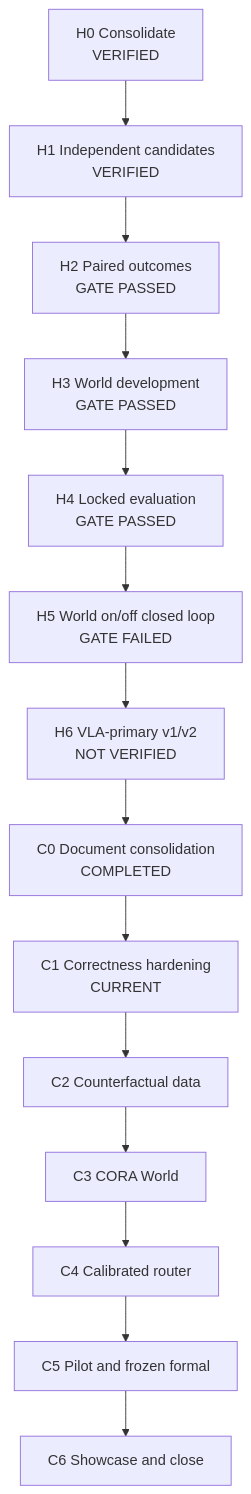
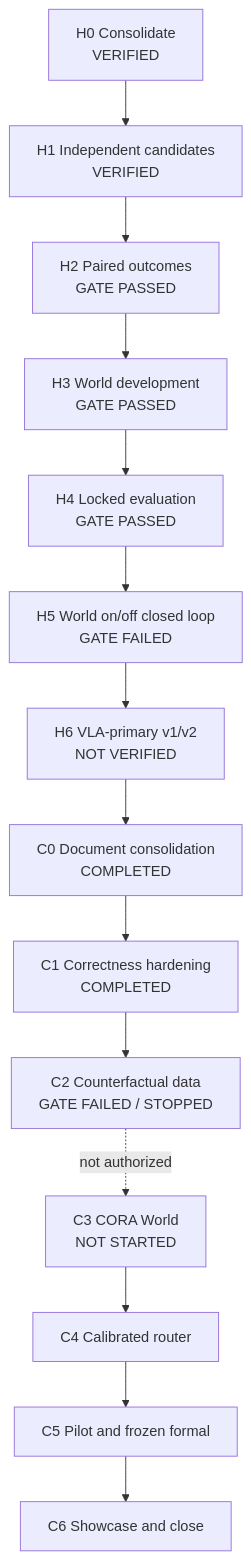
One commit to BaiYeGX/safedrive-foundry changed the diagram in ROADMAP.md. Above: the diagram before and after it, drawn with Mermaid. The commit also changed other lines of this file and 36 other files, not shown here.

````diff
--- a/ROADMAP.md
+++ b/ROADMAP.md
@@ -8,16 +8,16 @@
 ```mermaid
 flowchart TD
     H0["H0 Consolidate<br/>VERIFIED"] --> H1["H1 Independent candidates<br/>VERIFIED"]
     H1 --> H2["H2 Paired outcomes<br/>GATE PASSED"]
     H2 --> H3["H3 World development<br/>GATE PASSED"]
     H3 --> H4["H4 Locked evaluation<br/>GATE PASSED"]
     H4 --> H5["H5 World on/off closed loop<br/>GATE FAILED"]
     H5 --> H6["H6 VLA-primary v1/v2<br/>NOT VERIFIED"]
     H6 --> C0["C0 Document consolidation<br/>COMPLETED"]
-    C0 --> C1["C1 Correctness hardening<br/>CURRENT"]
-    C1 --> C2["C2 Counterfactual data"]
-    C2 --> C3["C3 CORA World"]
+    C0 --> C1["C1 Correctness hardening<br/>COMPLETED"]
+    C1 --> C2["C2 Counterfactual data<br/>GATE FAILED / STOPPED"]
+    C2 -. "not authorized" .-> C3["C3 CORA World<br/>NOT STARTED"]
     C3 --> C4["C4 Calibrated router"]
     C4 --> C5["C5 Pilot and frozen formal"]
     C5 --> C6["C6 Showcase and close"]
 ```
````
